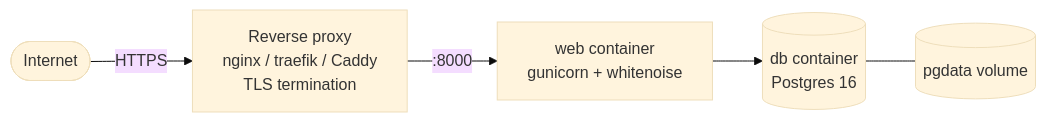
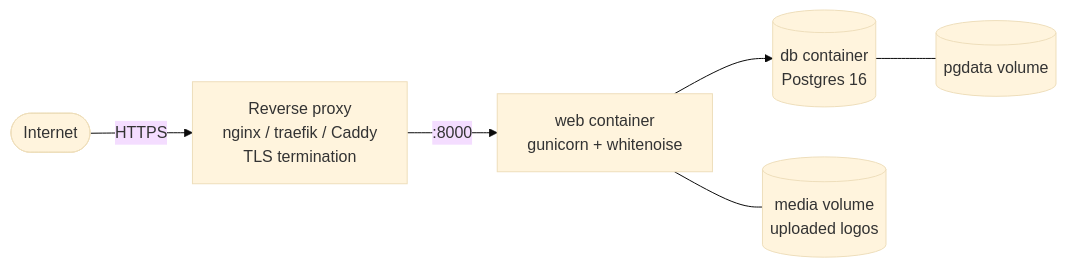
Before and after one commit to akheels-web/Deskless: the fifth of 5 diagrams in README.md, drawn with Mermaid (base theme). The commit also changed other lines of this file, not shown here.

Commit message:
docs: update README with expanded feature list, architecture diagrams, and deployment instructions

````diff
--- a/README.md
+++ b/README.md
@@ -140,7 +216,8 @@
 ```mermaid
 graph LR
     NET([Internet]) -->|HTTPS| PROXY[Reverse proxy<br/>nginx / traefik / Caddy<br/>TLS termination]
     PROXY -->|:8000| WEB[web container<br/>gunicorn + whitenoise]
     WEB --> PG[(db container<br/>Postgres 16)]
     PG --- VOL[(pgdata volume)]
+    WEB --- MEDIA[(media volume<br/>uploaded logos)]
 ```
````
